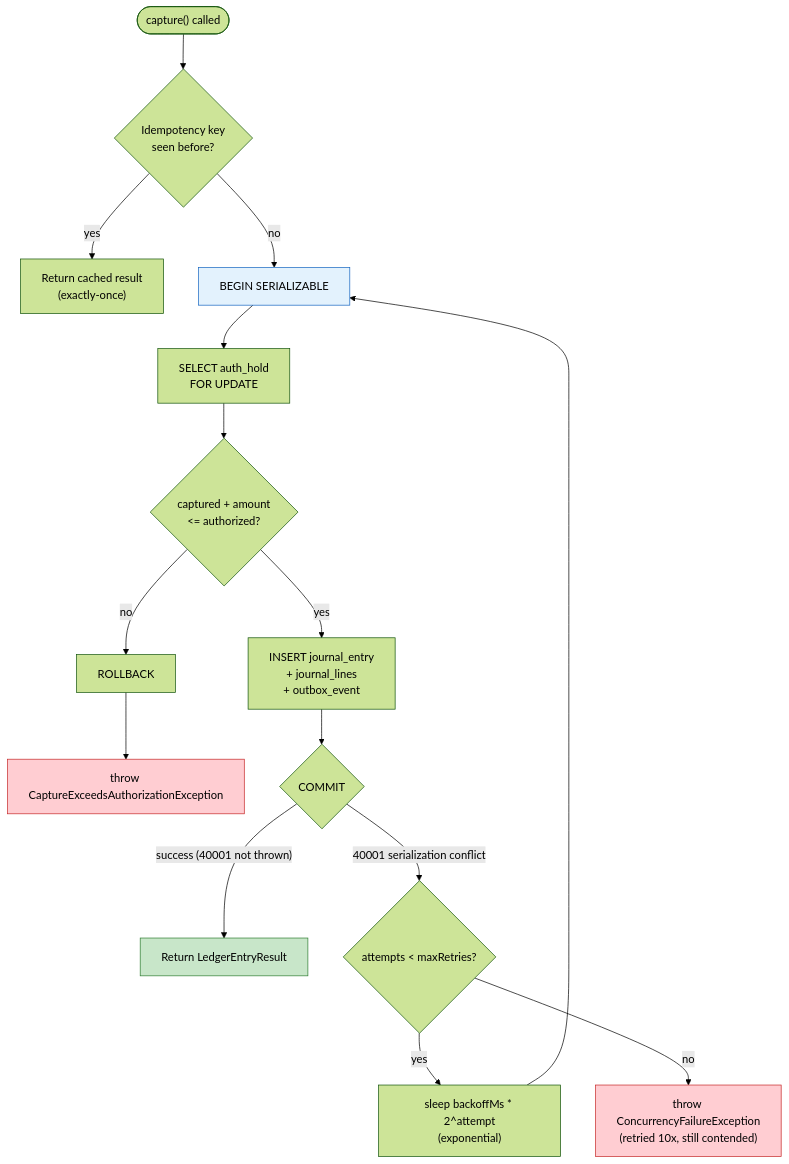
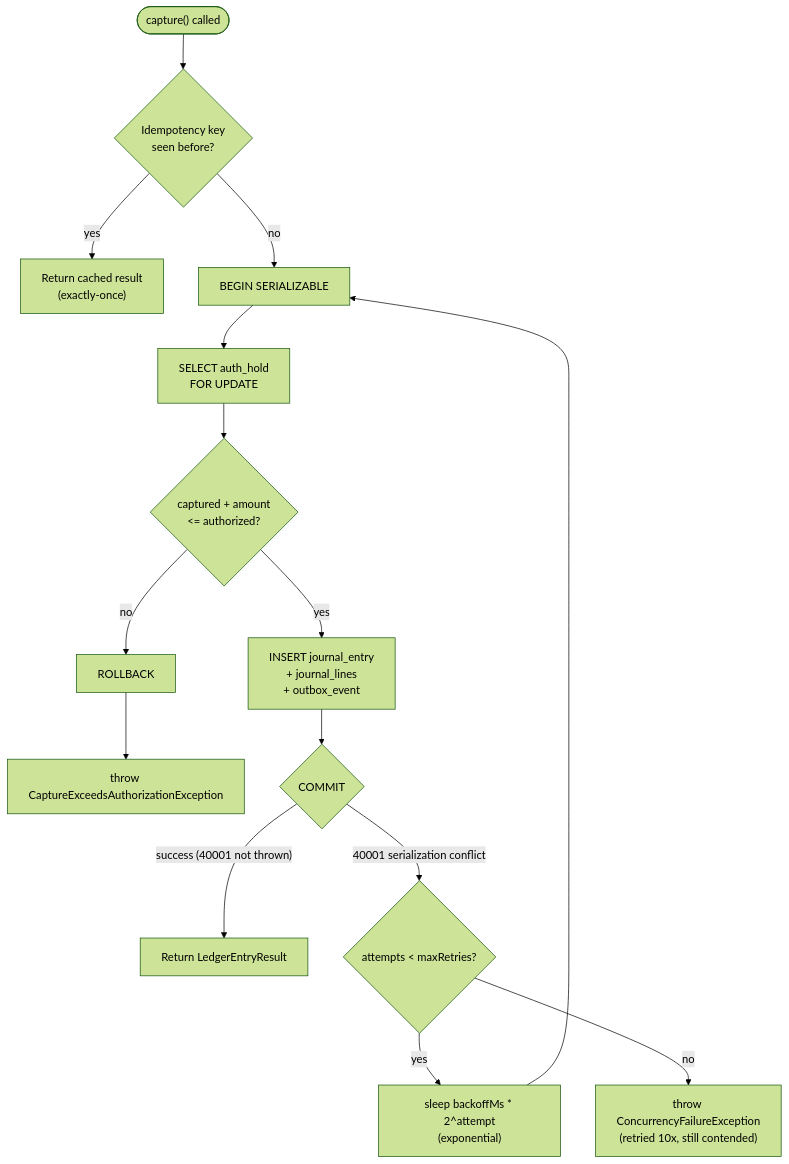
Before and after one commit to sailikhithk/gpn-mini-ledger: the sixth of 7 diagrams in README.md, drawn with Mermaid (forest theme). The commit also changed other lines of this file, not shown here.

First line of the commit message:
docs: fix Mermaid diagrams for GitHub dark mode rendering (#14)

````diff
--- a/README.md
+++ b/README.md
@@ -312,25 +298,20 @@
 ```mermaid
 flowchart TD
     Start(["capture() called"]) --> CheckIdem{"Idempotency key<br/>seen before?"}
     CheckIdem -->|"yes"| ReturnExisting["Return cached result<br/>(exactly-once)"]
     CheckIdem -->|"no"| BeginTx["BEGIN SERIALIZABLE"]
 
     BeginTx --> ReadAuth["SELECT auth_hold<br/>FOR UPDATE"]
     ReadAuth --> CheckBudget{"captured + amount<br/><= authorized?"}
     CheckBudget -->|"no"| Rollback["ROLLBACK"]
     Rollback --> ExceedsError["throw CaptureExceedsAuthorizationException"]
 
     CheckBudget -->|"yes"| WriteEntry["INSERT journal_entry<br/>+ journal_lines<br/>+ outbox_event"]
     WriteEntry --> Commit{"COMMIT"}
     Commit -->|"success (40001 not thrown)"| ReturnSuccess["Return LedgerEntryResult"]
 
     Commit -->|"40001 serialization conflict"| Retry{"attempts < maxRetries?"}
     Retry -->|"yes"| Backoff["sleep backoffMs * 2^attempt<br/>(exponential)"]
     Backoff --> BeginTx
     Retry -->|"no"| Propagate["throw ConcurrencyFailureException<br/>(retried 10x, still contended)"]
-
-    style ReturnSuccess fill:#c8e6c9,stroke:#2e7d32
-    style ExceedsError fill:#ffcdd2,stroke:#c62828
-    style Propagate fill:#ffcdd2,stroke:#c62828
-    style BeginTx fill:#e3f2fd,stroke:#1565c0
 ```
````
